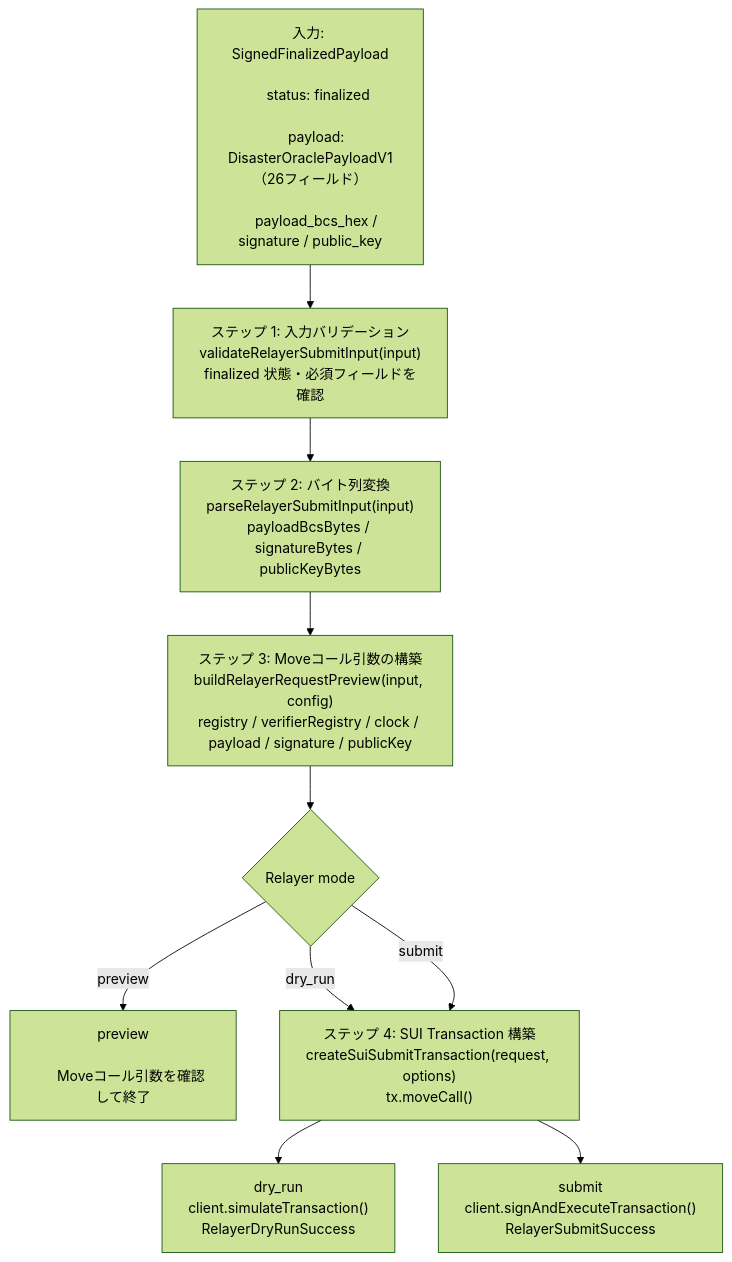
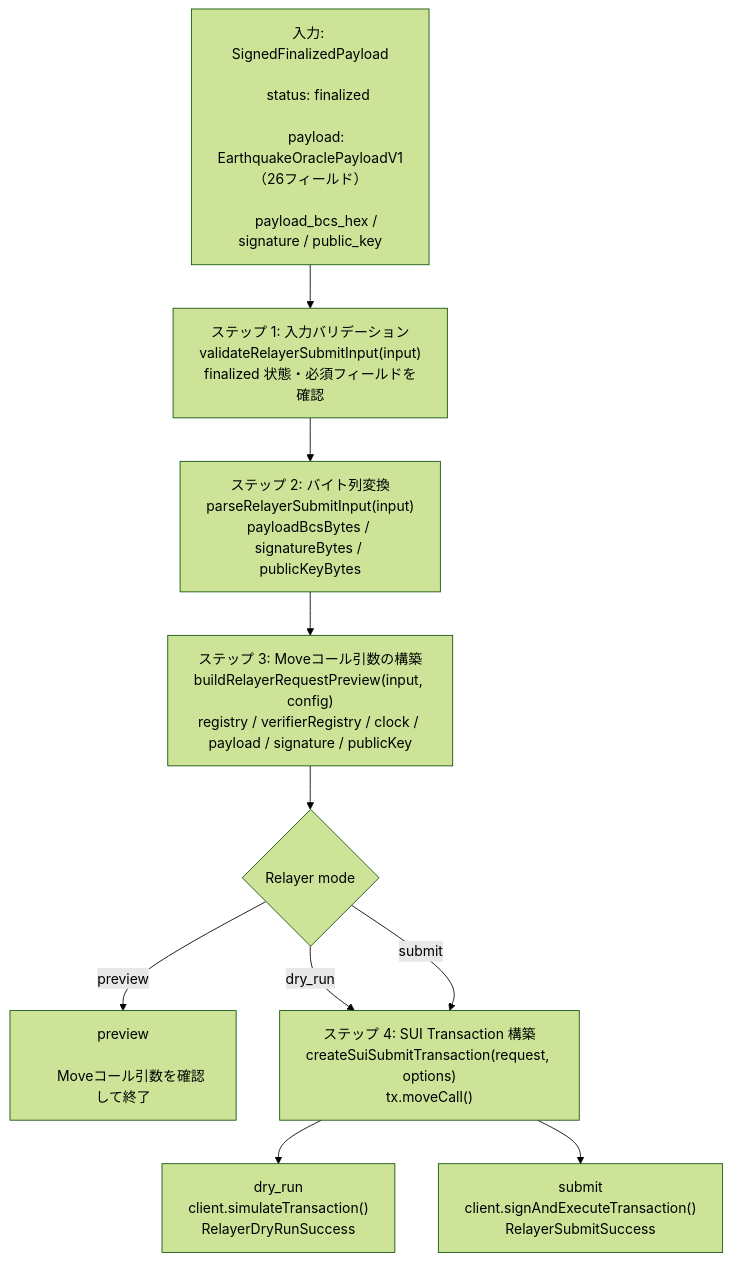
One commit to UnagiLabs/Sonari changed the diagram in nautilus/verifiers/earthquake/relayer/README.md. Above: the diagram before and after it, drawn with Mermaid (forest theme). The commit also changed other lines of this file and 16 other files, not shown here.

````diff
--- a/nautilus/verifiers/earthquake/relayer/README.md
+++ b/nautilus/verifiers/earthquake/relayer/README.md
@@ -27,33 +27,33 @@
 ```mermaid
 flowchart TD
   input[
     入力: SignedFinalizedPayload<br/>
     status: finalized<br/>
-    payload: DisasterOraclePayloadV1（26フィールド）<br/>
+    payload: EarthquakeOraclePayloadV1（26フィールド）<br/>
     payload_bcs_hex / signature / public_key
   ]
 
   validate["ステップ 1: 入力バリデーション<br/>validateRelayerSubmitInput(input)<br/>finalized 状態・必須フィールドを確認"]
 
   parse["ステップ 2: バイト列変換<br/>parseRelayerSubmitInput(input)<br/>payloadBcsBytes / signatureBytes / publicKeyBytes"]
 
   preview["ステップ 3: Moveコール引数の構築<br/>buildRelayerRequestPreview(input, config)<br/>registry / verifierRegistry / clock / payload / signature / publicKey"]
 
   mode{Relayer mode}
 
   previewOnly[
     preview<br/>
     Moveコール引数を確認して終了
   ]
 
   tx["ステップ 4: SUI Transaction 構築<br/>createSuiSubmitTransaction(request, options)<br/>tx.moveCall()"]
 
   dryRun["dry_run<br/>client.simulateTransaction()<br/>RelayerDryRunSuccess"]
 
   submit["submit<br/>client.signAndExecuteTransaction()<br/>RelayerSubmitSuccess"]
 
   input --> validate --> parse --> preview --> mode
   mode -->|preview| previewOnly
   mode -->|dry_run| tx --> dryRun
   mode -->|submit| tx --> submit
 ```
````
